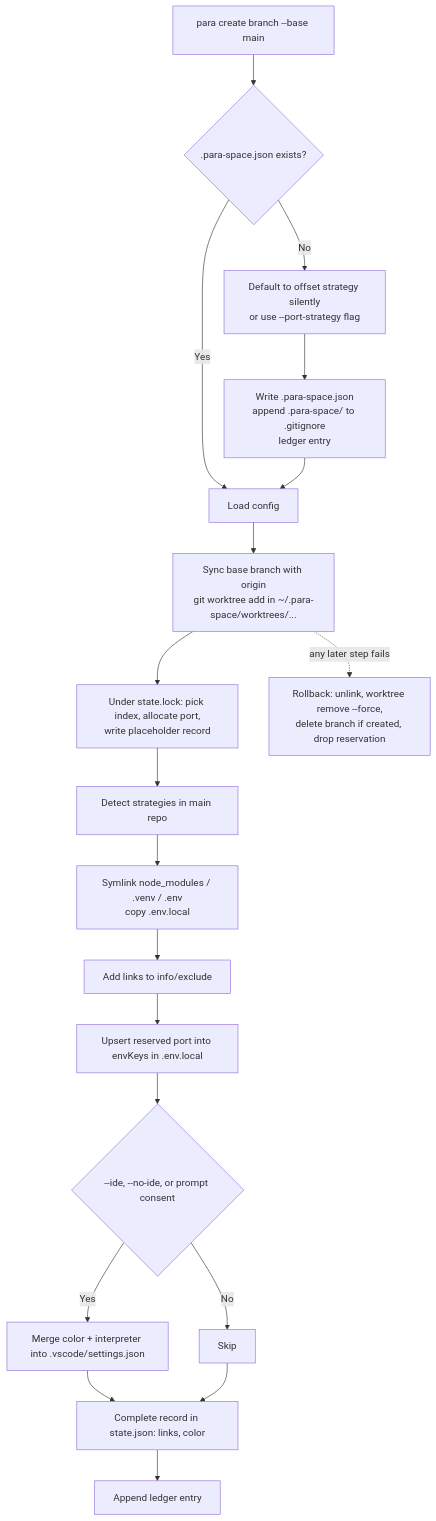
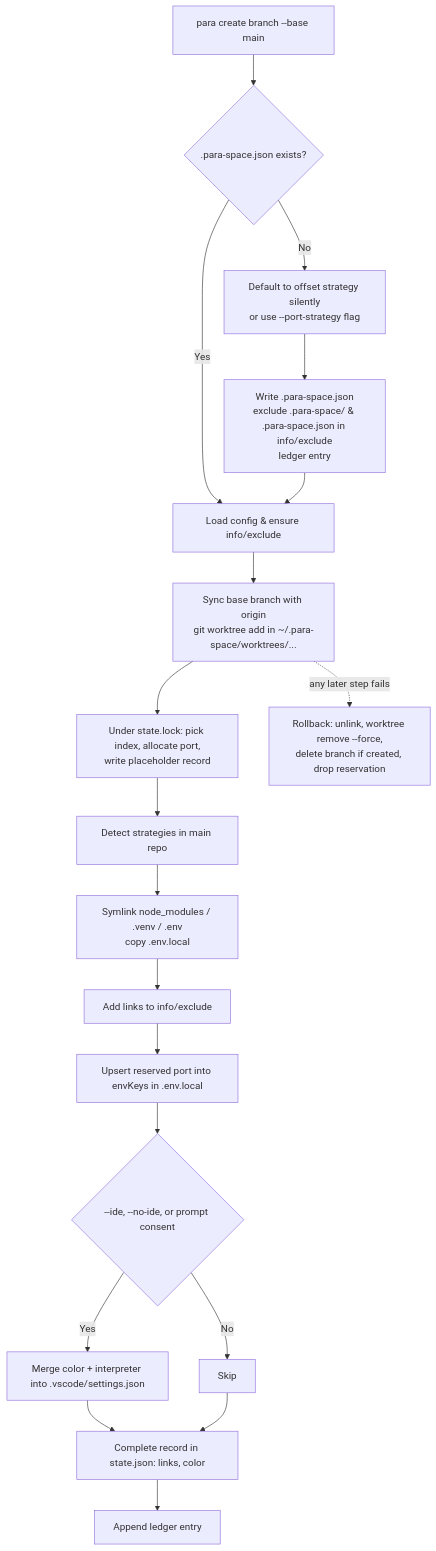
Before and after one commit to SarthakJain23/para-space: the first of 3 diagrams in FLOW.md, drawn with Mermaid. The commit also changed other lines of this file and 15 other files, not shown here.

First line of the commit message:
chore(release): v0.1.4 — exclude .para-space.json and .para-space/ via .git/info/exclude

````diff
--- a/FLOW.md
+++ b/FLOW.md
@@ -49,21 +48,21 @@
 ```mermaid
 flowchart TD
     A[para create branch --base main] --> B{.para-space.json exists?}
     B -- No --> C[Default to offset strategy silently<br/>or use --port-strategy flag]
-    C --> D[Write .para-space.json<br/>append .para-space/ to .gitignore<br/>ledger entry]
-    B -- Yes --> E[Load config]
+    C --> D[Write .para-space.json<br/>exclude .para-space/ & .para-space.json in info/exclude<br/>ledger entry]
+    B -- Yes --> E[Load config & ensure info/exclude]
     D --> E
     E --> F[Sync base branch with origin<br/>git worktree add in ~/.para-space/worktrees/...]
     F --> S[Under state.lock: pick index, allocate port,<br/>write placeholder record]
     S --> G[Detect strategies in main repo]
     G --> H[Symlink node_modules / .venv / .env<br/>copy .env.local]
     H --> H2[Add links to info/exclude]
     H2 --> J[Upsert reserved port into envKeys in .env.local]
     J --> K{--ide, --no-ide, or prompt consent}
     K -- Yes --> L[Merge color + interpreter into .vscode/settings.json]
     K -- No --> M[Skip]
     L --> N[Complete record in state.json: links, color]
     M --> N
     N --> O[Append ledger entry]
     F -. any later step fails .-> R[Rollback: unlink, worktree remove --force,<br/>delete branch if created, drop reservation]
 ```
````
